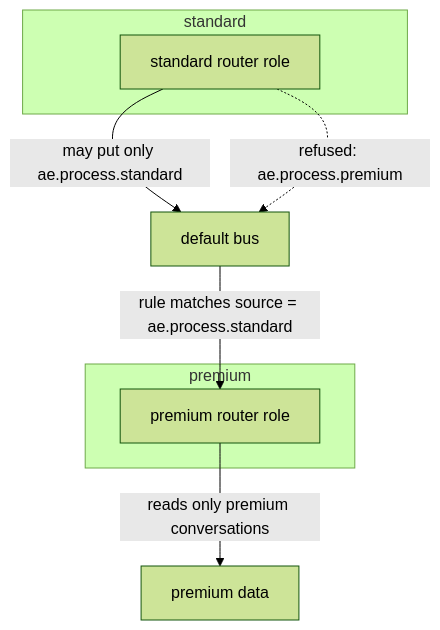
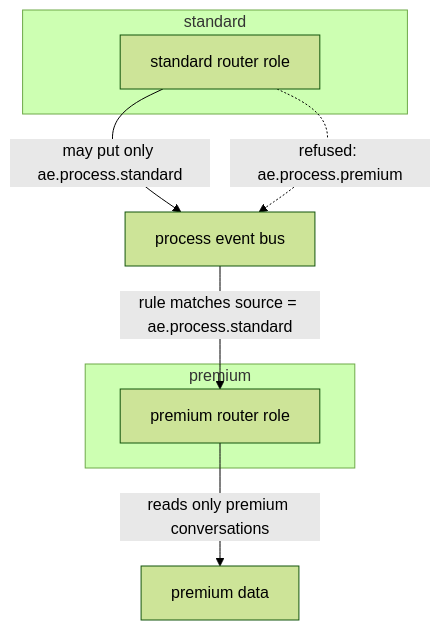
One commit to RyanSMcHarg/AgentEchelon changed the fourth of 8 diagrams in docs/specs/interaction/conversation/DESIGN-PROCESSES.md. Above: the diagram before and after it, drawn with Mermaid (forest theme). The commit also changed other lines of this file and 355 other files, not shown here.

````diff
--- a/docs/specs/interaction/conversation/DESIGN-PROCESSES.md
+++ b/docs/specs/interaction/conversation/DESIGN-PROCESSES.md
@@ -168,13 +168,13 @@
 ```mermaid
 flowchart TB
   subgraph Std["standard"]
     RS["standard router role"]
   end
   subgraph Prm["premium"]
     RP["premium router role"]
   end
-  RS -->|"may put only ae.process.standard"| B["default bus"]
+  RS -->|"may put only ae.process.standard"| B["process event bus"]
   RS -.->|"refused: ae.process.premium"| B
   B -->|"rule matches source = ae.process.standard"| RP
   RP -->|"reads only premium conversations"| X["premium data"]
 ```
````
